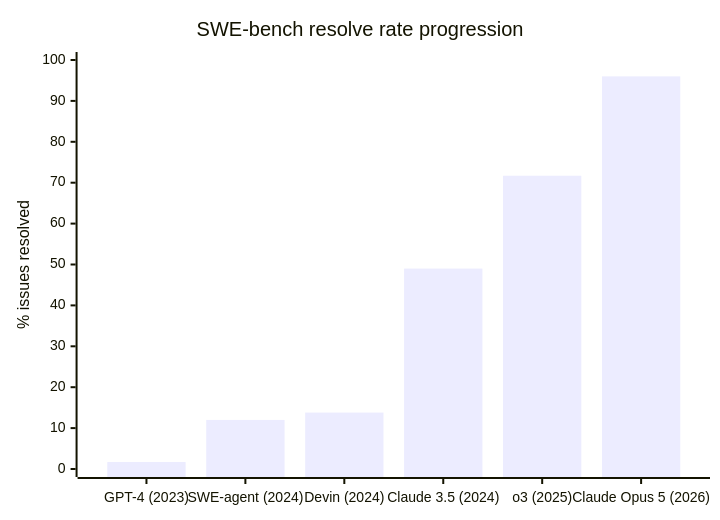
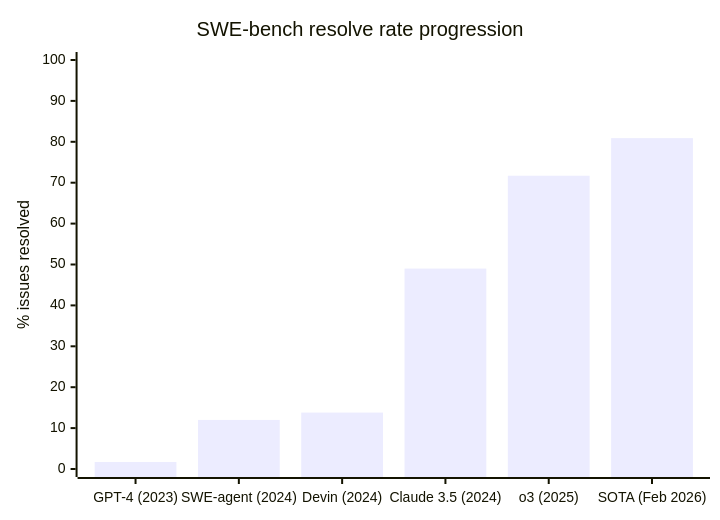
Before and after one commit to rppol/system-design: the fourth of 4 diagrams in src/main/java/com/rutik/systemdesign/llm/code_generation/code_generation.md, drawn with Mermaid. The commit also changed other lines of this file and 70 other files, not shown here.

````diff
--- a/src/main/java/com/rutik/systemdesign/llm/code_generation/code_generation.md
+++ b/src/main/java/com/rutik/systemdesign/llm/code_generation/code_generation.md
@@ -367,7 +368,7 @@
 ```mermaid
 xychart-beta
     title "SWE-bench resolve rate progression"
-    x-axis ["GPT-4 (2023)", "SWE-agent (2024)", "Devin (2024)", "Claude 3.5 (2024)", "o3 (2025)", "Claude Opus 5 (2026)"]
+    x-axis ["GPT-4 (2023)", "SWE-agent (2024)", "Devin (2024)", "Claude 3.5 (2024)", "o3 (2025)", "SOTA (Feb 2026)"]
     y-axis "% issues resolved" 0 --> 100
-    bar [1.7, 12, 13.8, 49, 71.7, 96.0]
+    bar [1.7, 12, 13.8, 49, 71.7, 80.9]
 ```
````
